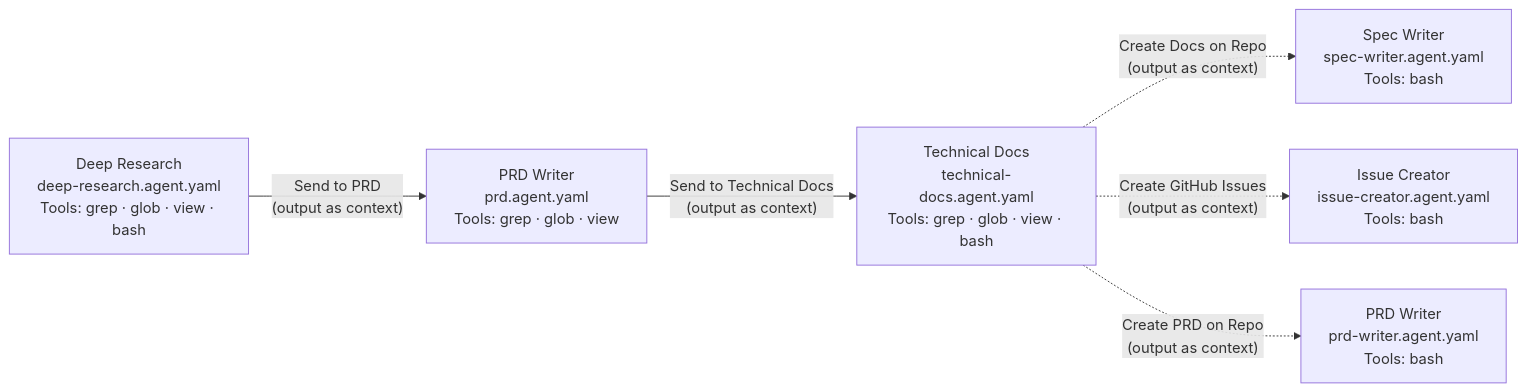
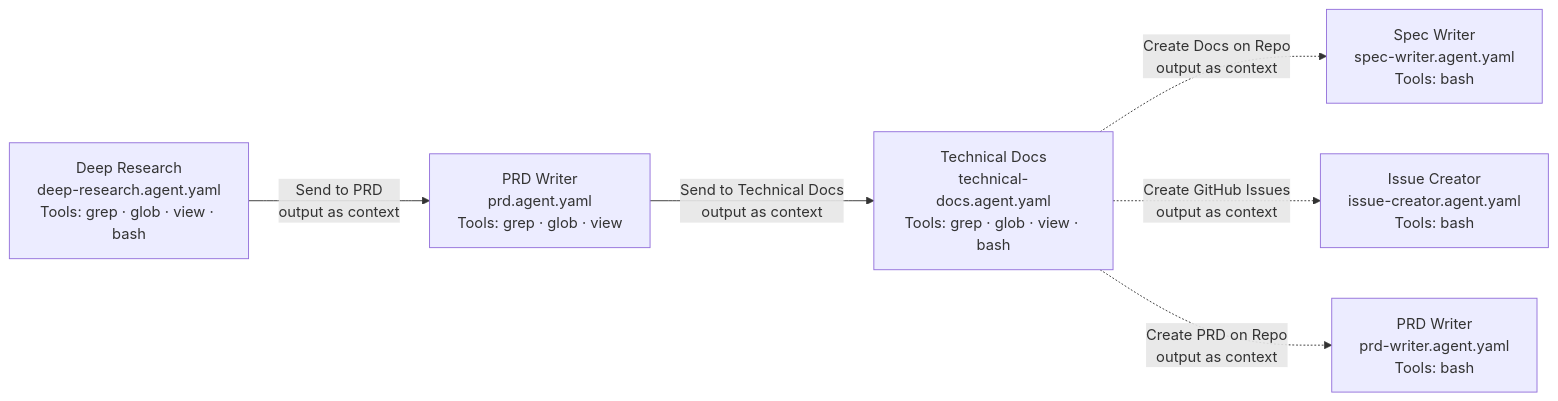
The seventh of 7 diagrams in ARCHITECTURE.md (gherrerz/agentic-web-spec), drawn with Mermaid before and after one commit. The commit also changed other lines of this file, not shown here.

Commit message:
docs: mejora legibilidad de diagramas mermaid

````diff
--- a/ARCHITECTURE.md
+++ b/ARCHITECTURE.md
@@ -206,16 +211,17 @@
 ```mermaid
+%%{init: {'flowchart': {'nodeSpacing': 55, 'rankSpacing': 65, 'htmlLabels': true}}}%%
 flowchart LR
-    DR["Deep Research\ndeep-research.agent.yaml\nTools: grep · glob · view · bash"]
-    PRD["PRD Writer\nprd.agent.yaml\nTools: grep · glob · view"]
-    TD["Technical Docs\ntechnical-docs.agent.yaml\nTools: grep · glob · view · bash"]
-    SW["Spec Writer\nspec-writer.agent.yaml\nTools: bash"]
-    IC["Issue Creator\nissue-creator.agent.yaml\nTools: bash"]
+    DR["Deep Research<br/>deep-research.agent.yaml<br/>Tools: grep · glob · view · bash"]
+    PRD["PRD Writer<br/>prd.agent.yaml<br/>Tools: grep · glob · view"]
+    TD["Technical Docs<br/>technical-docs.agent.yaml<br/>Tools: grep · glob · view · bash"]
+    SW["Spec Writer<br/>spec-writer.agent.yaml<br/>Tools: bash"]
+    IC["Issue Creator<br/>issue-creator.agent.yaml<br/>Tools: bash"]
 
-    DR -- "Send to PRD\n(output as context)" --> PRD
-    PRD -- "Send to Technical Docs\n(output as context)" --> TD
-    TD -. "Create Docs on Repo\n(output as context)" .-> SW
-    TD -. "Create GitHub Issues\n(output as context)" .-> IC
-    TD -. "Create PRD on Repo\n(output as context)" .-> PW
+    DR -- "Send to PRD<br/>output as context" --> PRD
+    PRD -- "Send to Technical Docs<br/>output as context" --> TD
+    TD -. "Create Docs on Repo<br/>output as context" .-> SW
+    TD -. "Create GitHub Issues<br/>output as context" .-> IC
+    TD -. "Create PRD on Repo<br/>output as context" .-> PW
 
-    PW["PRD Writer\nprd-writer.agent.yaml\nTools: bash"]
+    PW["PRD Writer<br/>prd-writer.agent.yaml<br/>Tools: bash"]
 ```
````
